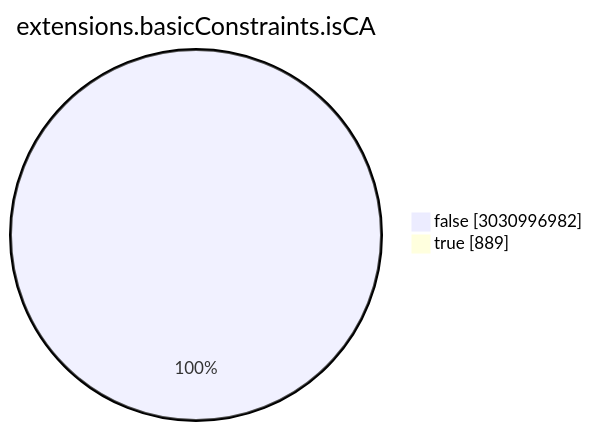
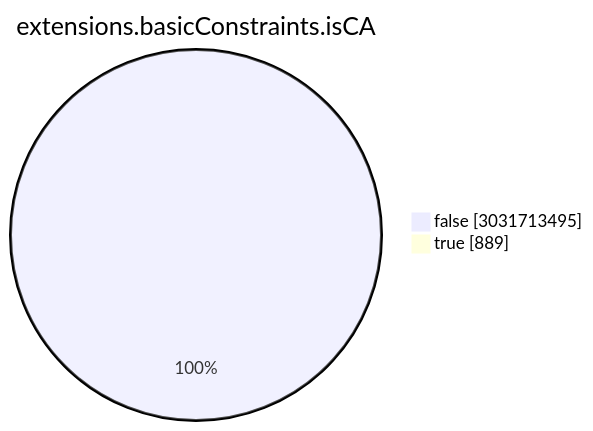
Before and after one commit to christiankrug/ctmonitor_visualization: the seventh of 15 diagrams in TOTAL/README.md, drawn with Mermaid. The commit also changed other lines of this file, not shown here.

````diff
--- a/TOTAL/README.md
+++ b/TOTAL/README.md
@@ -3088,6 +3088,6 @@
 ```mermaid
 pie showData
 title extensions.basicConstraints.isCA
-"false" :3030996982
+"false" :3031713495
 "true" :889
 ```
````
